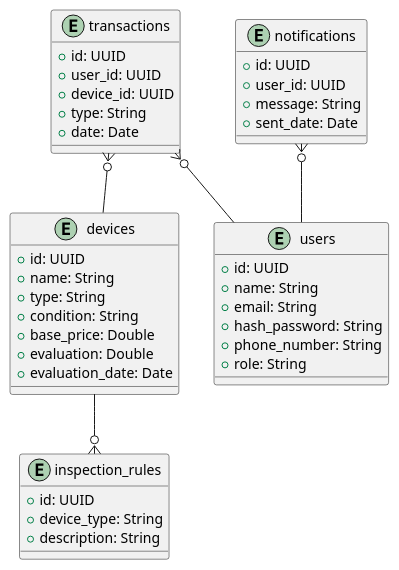
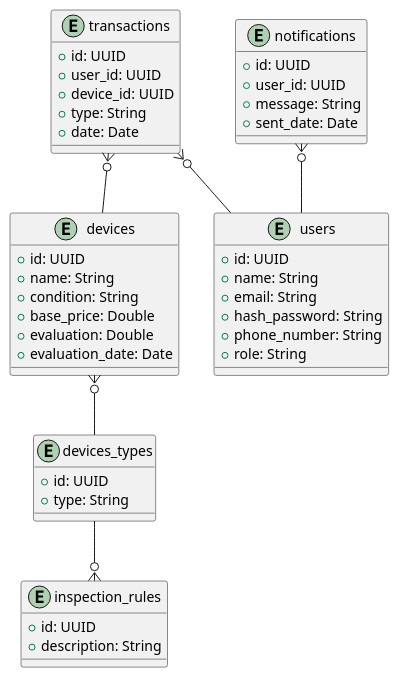
One commit to embersage/HSE-Software-Architecture changed the diagram in Lab Work №3/docs/database.plantuml. Above: the diagram before and after it, drawn with PlantUML. The commit also changed 1 other file, not shown here.

```diff
--- a/Lab Work №3/docs/database.plantuml
+++ b/Lab Work №3/docs/database.plantuml
@@ -1,48 +1,52 @@
 @startuml
 
 entity devices {
     + id: UUID
     + name: String
-    + type: String
     + condition: String
     + base_price: Double
     + evaluation: Double
     + evaluation_date: Date
 }
 
+entity devices_types {
+    + id: UUID
+    + type: String
+}
+
 entity inspection_rules {
     + id: UUID
-    + device_type: String
     + description: String
 }
 
 entity notifications {
     + id: UUID
     + user_id: UUID
     + message: String
     + sent_date: Date
 }
 
 entity transactions {
     + id: UUID
     + user_id: UUID
     + device_id: UUID
     + type: String
     + date: Date
 }
 
 entity users {
     + id: UUID
     + name: String
     + email: String
     + hash_password: String
     + phone_number: String
     + role: String
 }
 
-devices --o{ inspection_rules
+devices }o-- devices_types
+devices_types --o{ inspection_rules
 notifications }o-- users
 transactions }o-- devices
 transactions }o-- users
 
 @enduml
```
